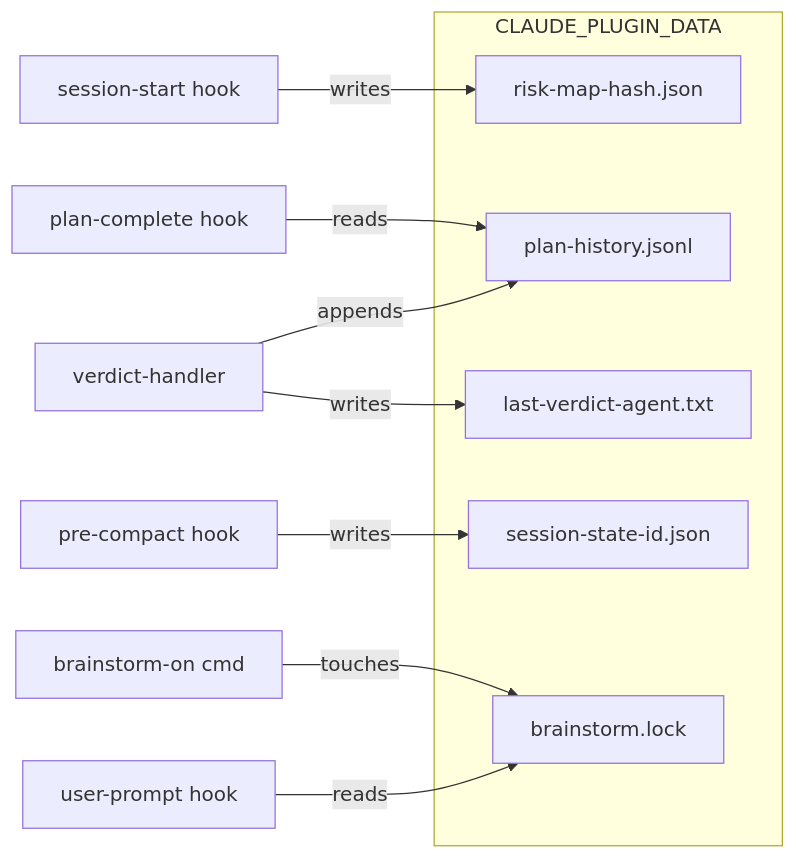
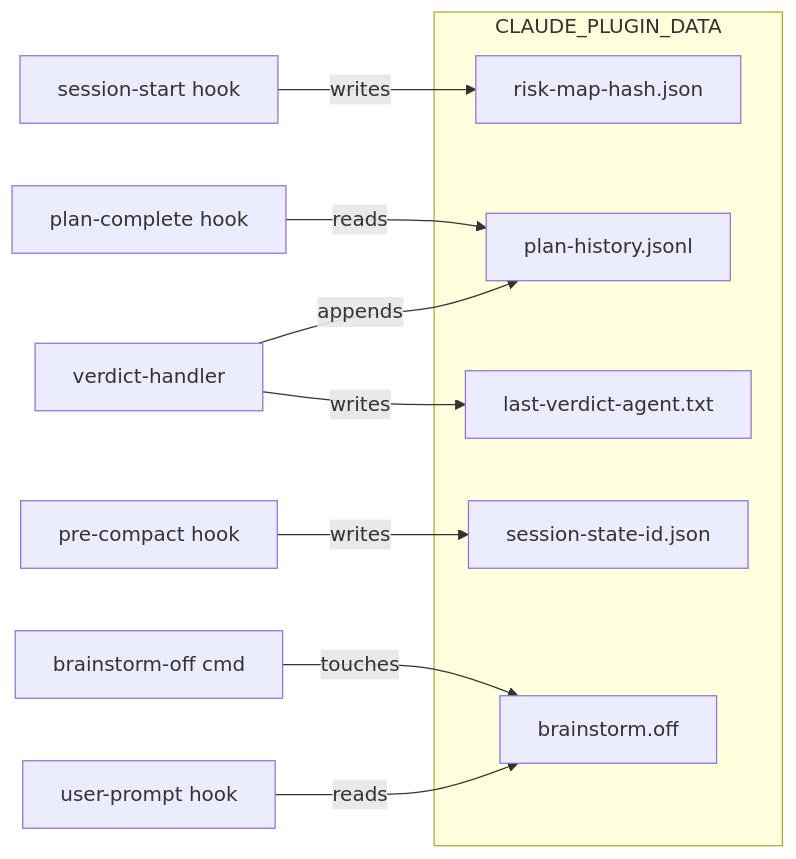
The third of 3 diagrams in docs/reference/architecture.md (azmym/gemini-plugin), drawn with Mermaid before and after one commit. The commit also changed 8 other files, not shown here.

````diff
--- a/docs/reference/architecture.md
+++ b/docs/reference/architecture.md
@@ -173,18 +173,18 @@
 ```mermaid
 graph LR
     subgraph "CLAUDE_PLUGIN_DATA"
         RM[risk-map-hash.json]
         PH[plan-history.jsonl]
         SS[session-state-id.json]
         LV[last-verdict-agent.txt]
-        BL[brainstorm.lock]
+        BL[brainstorm.off]
     end
 
     H1[session-start hook] --> |writes| RM
     H3[plan-complete hook] --> |reads| PH
     VH[verdict-handler] --> |appends| PH
     VH --> |writes| LV
     H5[pre-compact hook] --> |writes| SS
-    BC[brainstorm-on cmd] --> |touches| BL
+    BC[brainstorm-off cmd] --> |touches| BL
     H2[user-prompt hook] --> |reads| BL
 ```
````
